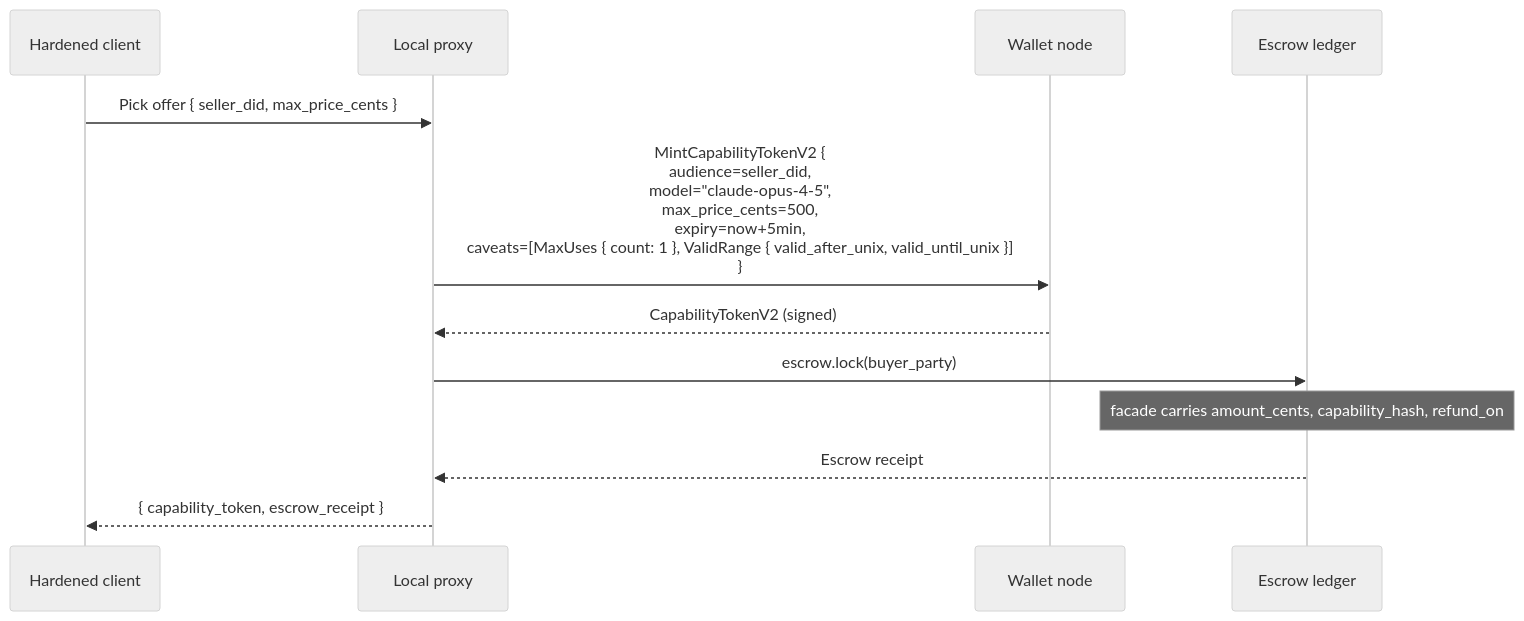
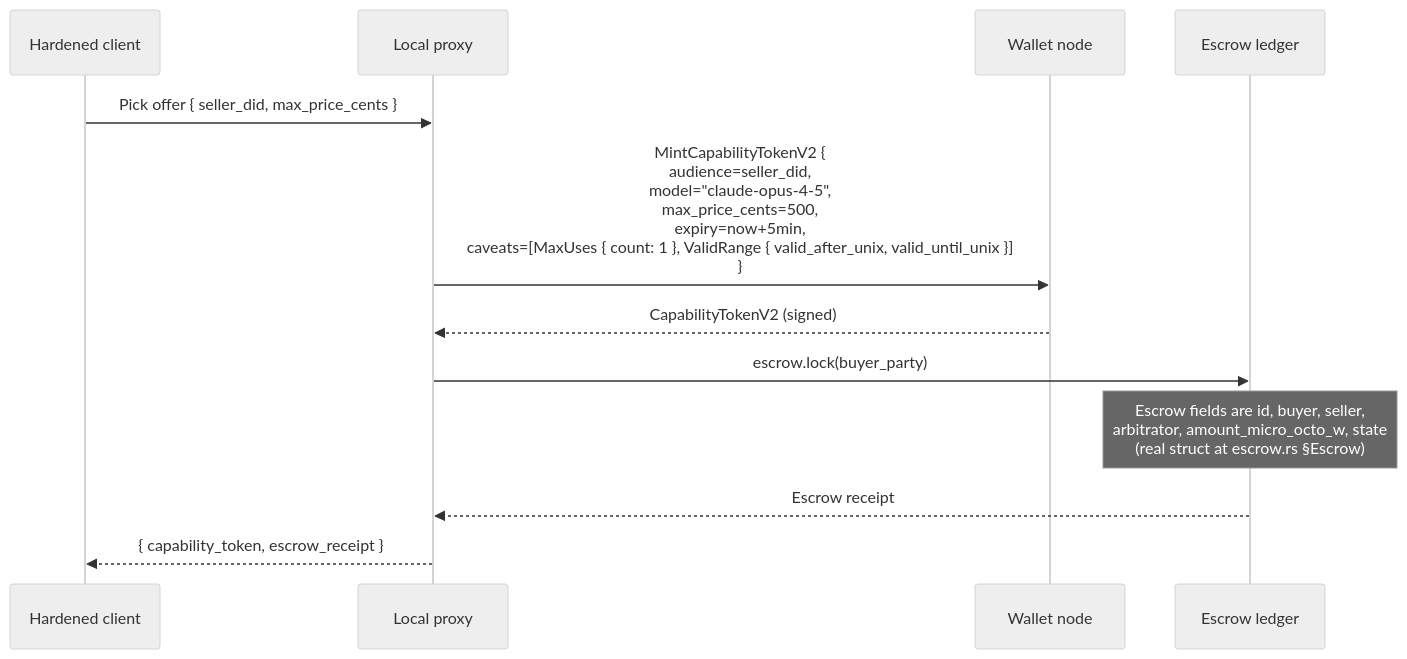
The seventh of 14 diagrams in docs/architecture/end-to-end-scenarios.md (CipherOcto/cipherocto), drawn with Mermaid (neutral theme) before and after one commit. The commit also changed other lines of this file, not shown here.

````diff
--- a/docs/architecture/end-to-end-scenarios.md
+++ b/docs/architecture/end-to-end-scenarios.md
@@ -311,15 +311,15 @@
 ```mermaid
 sequenceDiagram
     participant C as Hardened client
     participant P as Local proxy
     participant W as Wallet node
     participant E as Escrow ledger
 
     C->>P: Pick offer { seller_did, max_price_cents }
     P->>W: MintCapabilityTokenV2 {<br/>  audience=seller_did,<br/>  model="claude-opus-4-5",<br/>  max_price_cents=500,<br/>  expiry=now+5min,<br/>  caveats=[MaxUses { count: 1 }, ValidRange { valid_after_unix, valid_until_unix }]<br/>}
     W-->>P: CapabilityTokenV2 (signed)
     P->>E: escrow.lock(buyer_party)
-    Note over E: facade carries amount_cents, capability_hash, refund_on
+    Note over E: Escrow fields are id, buyer, seller,<br/>arbitrator, amount_micro_octo_w, state<br/>(real struct at escrow.rs §Escrow)
     E-->>P: Escrow receipt
     P-->>C: { capability_token, escrow_receipt }
 ```
````
